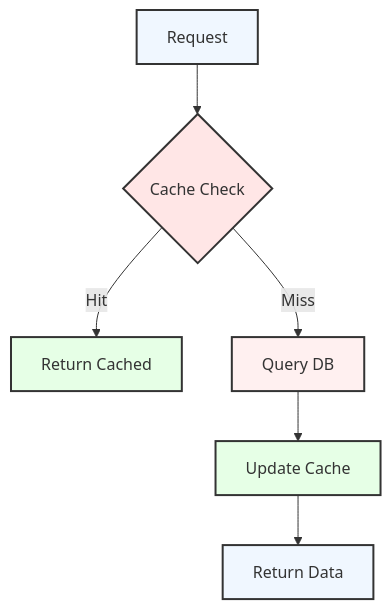
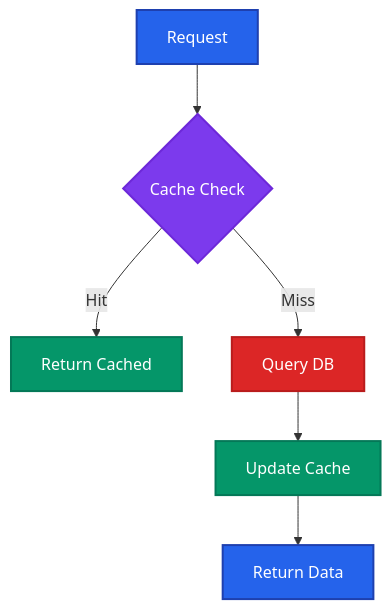
The ninth of 10 diagrams in docs/API.md (kafle1/timetablepro), drawn with Mermaid before and after one commit. The commit also changed other lines of this file and 1 other file, not shown here.

Commit message:
docs: Update diagrams with strong, accessible color scheme

````diff
--- a/docs/API.md
+++ b/docs/API.md
@@ -384,19 +402,20 @@
 ```mermaid
 graph TB
     A[Request] --> B{Cache Check}
     B -->|Hit| C[Return Cached]
     B -->|Miss| D[Query DB]
     D --> E[Update Cache]
     E --> F[Return Data]
 
-    classDef default fill:#f0f7ff,stroke:#333,stroke-width:2px
-    classDef check fill:#ffe6e6,stroke:#333,stroke-width:2px
-    classDef cache fill:#e6ffe6,stroke:#333,stroke-width:2px
-    classDef db fill:#fff0f0,stroke:#333,stroke-width:2px
+    %% Strong, accessible colors
+    classDef default fill:#2563eb,color:#ffffff,stroke:#1e40af,stroke-width:2px
+    classDef check fill:#7c3aed,color:#ffffff,stroke:#6d28d9,stroke-width:2px
+    classDef cache fill:#059669,color:#ffffff,stroke:#047857,stroke-width:2px
+    classDef db fill:#dc2626,color:#ffffff,stroke:#b91c1c,stroke-width:2px
 
     class A default
     class B check
     class C,E cache
     class D db
     class F default
 ```
````
